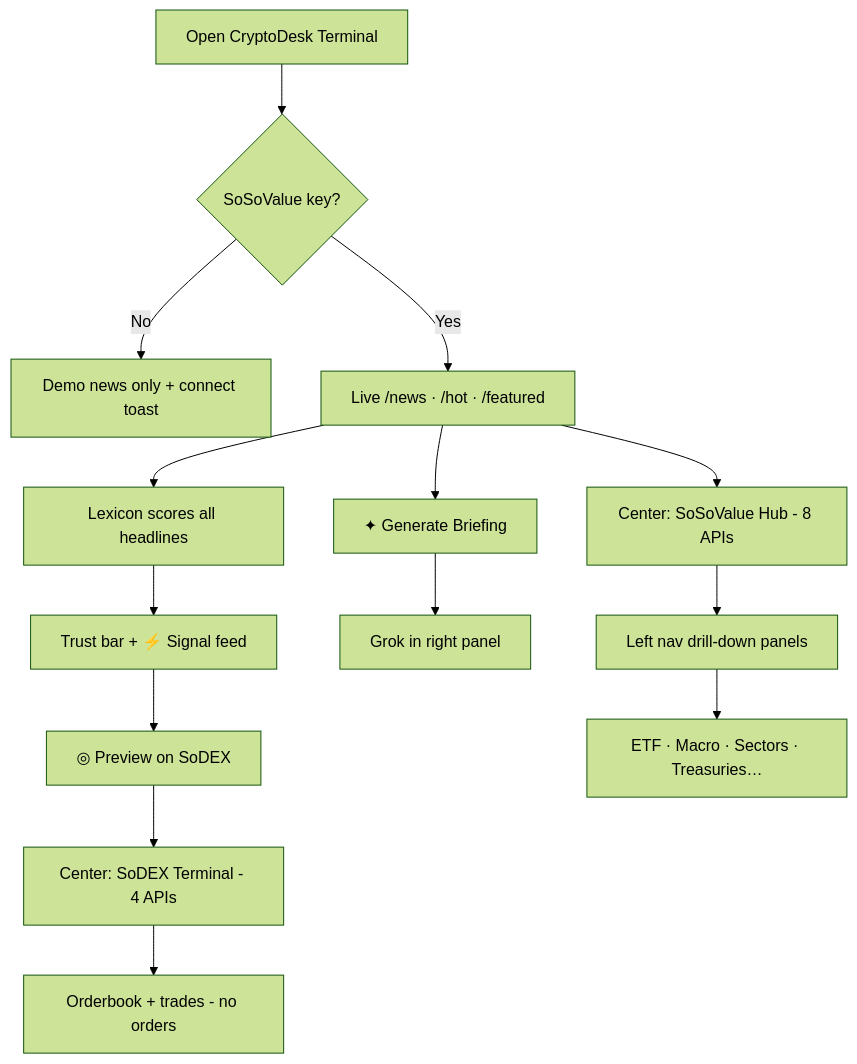
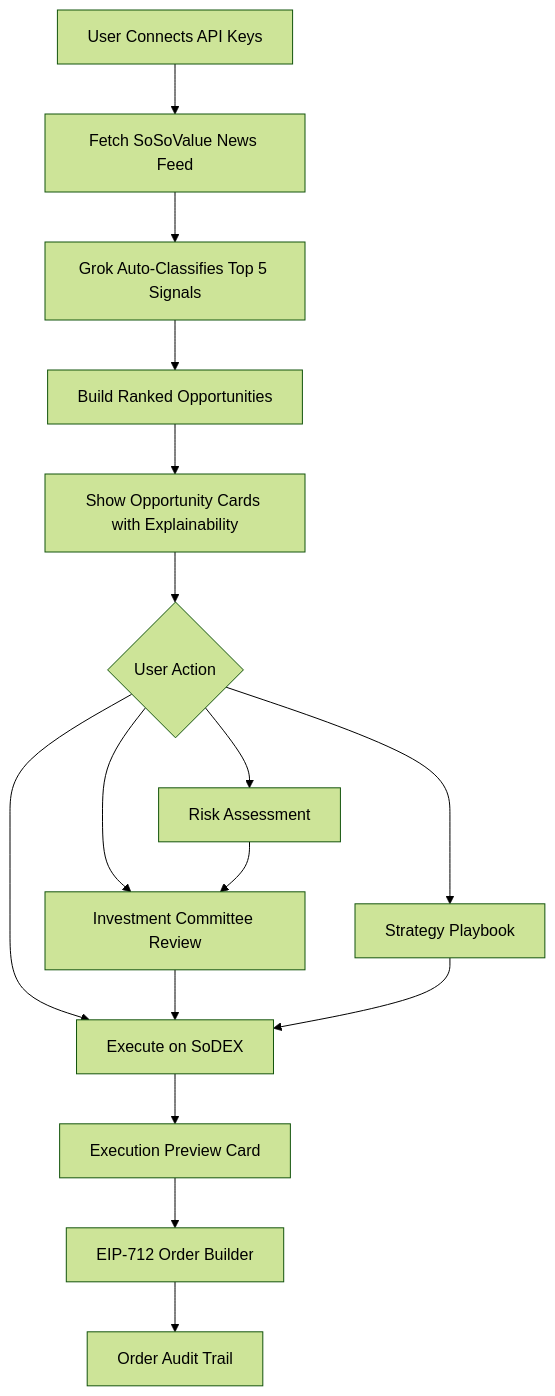
The second of 18 diagrams in cryptodesk/README.md (Nanle-code/CryptoDesk), drawn with Mermaid (forest theme) before and after one commit. The commit also changed other lines of this file and 28 other files, not shown here.

````diff
--- a/cryptodesk/README.md
+++ b/cryptodesk/README.md
@@ -317,16 +306,18 @@
 ```mermaid
 flowchart TD
-    A[Open CryptoDesk Terminal] --> B{SoSoValue key?}
-    B -- No --> C[Demo news only + connect toast]
-    B -- Yes --> D[Live /news · /hot · /featured]
-    D --> E[Lexicon scores all headlines]
-    E --> F[Trust bar + ⚡ Signal feed]
-    D --> G[Center: SoSoValue Hub - 8 APIs]
-    F --> H[◎ Preview on SoDEX]
-    H --> I[Center: SoDEX Terminal - 4 APIs]
-    I --> J[Orderbook + trades - no orders]
-    D --> K[✦ Generate Briefing]
-    K --> L[Grok in right panel]
-    G --> M[Left nav drill-down panels]
-    M --> N[ETF · Macro · Sectors · Treasuries…]
+    A[User Connects API Keys] --> B[Fetch SoSoValue News Feed]
+    B --> C[Grok Auto-Classifies Top 5 Signals]
+    C --> D[Build Ranked Opportunities]
+    D --> E[Show Opportunity Cards with Explainability]
+    E --> F{User Action}
+    F --> G[Risk Assessment]
+    F --> H[Investment Committee Review]
+    F --> I[Strategy Playbook]
+    F --> J[Execute on SoDEX]
+    G --> H
+    H --> J
+    I --> J
+    J --> K[Execution Preview Card]
+    K --> L[EIP-712 Order Builder]
+    L --> M[Order Audit Trail]
 ```
````
